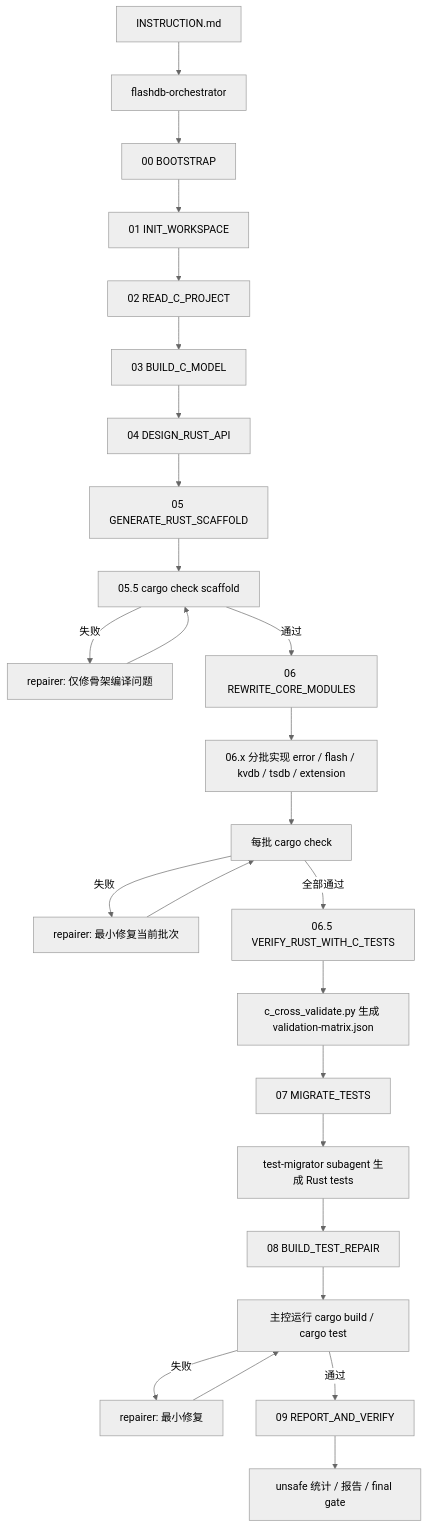
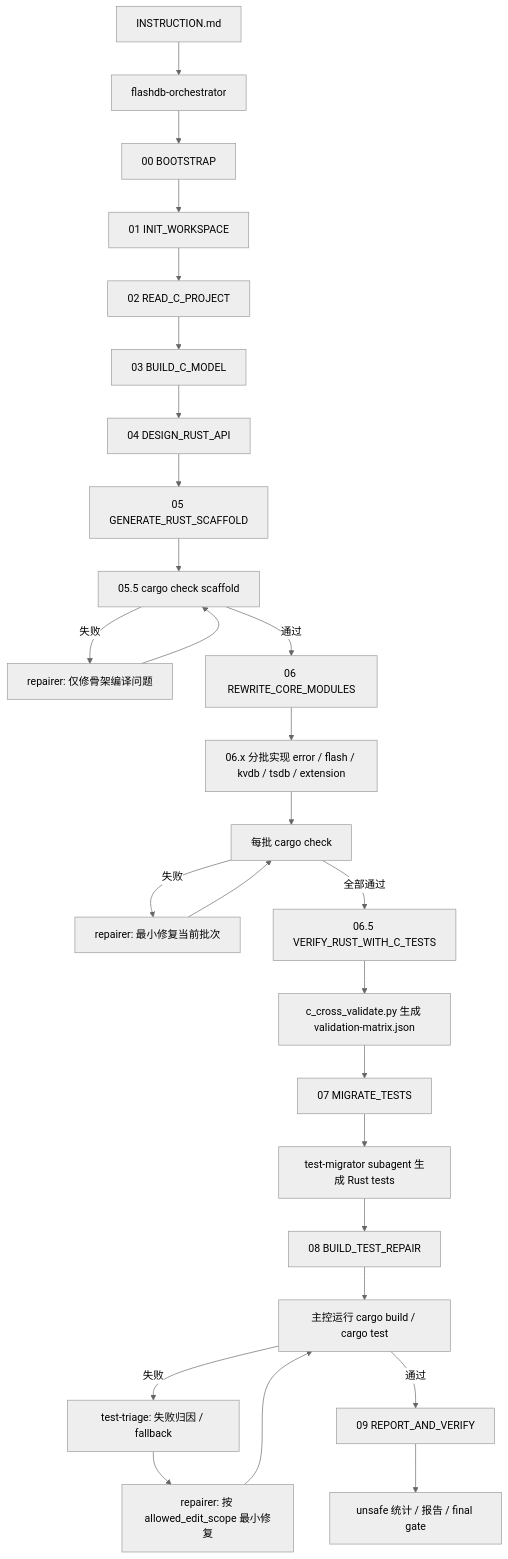
The diagram in design_doc/参赛工程设计文档.md (wsjq5477/2026-C2Rust-BenchMark), drawn with Mermaid (neutral theme) before and after one commit. The commit also changed other lines of this file and 536 other files, not shown here.

Commit message:
Harden FlashDB test repair triage

````diff
--- a/design_doc/参赛工程设计文档.md
+++ b/design_doc/参赛工程设计文档.md
@@ -371,28 +384,29 @@
 ```mermaid
 flowchart TD
     A["INSTRUCTION.md"] --> B["flashdb-orchestrator"]
     B --> C["00 BOOTSTRAP"]
     C --> D["01 INIT_WORKSPACE"]
     D --> E["02 READ_C_PROJECT"]
     E --> F["03 BUILD_C_MODEL"]
     F --> G["04 DESIGN_RUST_API"]
     G --> H["05 GENERATE_RUST_SCAFFOLD"]
     H --> I["05.5 cargo check scaffold"]
     I -->|失败| J["repairer: 仅修骨架编译问题"]
     J --> I
     I -->|通过| K["06 REWRITE_CORE_MODULES"]
     K --> L["06.x 分批实现 error / flash / kvdb / tsdb / extension"]
     L --> M["每批 cargo check"]
     M -->|失败| N["repairer: 最小修复当前批次"]
     N --> M
     M -->|全部通过| O["06.5 VERIFY_RUST_WITH_C_TESTS"]
     O --> P["c_cross_validate.py 生成 validation-matrix.json"]
     P --> Q["07 MIGRATE_TESTS"]
     Q --> R["test-migrator subagent 生成 Rust tests"]
     R --> S["08 BUILD_TEST_REPAIR"]
     S --> T["主控运行 cargo build / cargo test"]
-    T -->|失败| U["repairer: 最小修复"]
-    U --> T
+    T -->|失败| U["test-triage: 失败归因 / fallback"]
+    U --> X["repairer: 按 allowed_edit_scope 最小修复"]
+    X --> T
     T -->|通过| V["09 REPORT_AND_VERIFY"]
     V --> W["unsafe 统计 / 报告 / final gate"]
 ```
````
